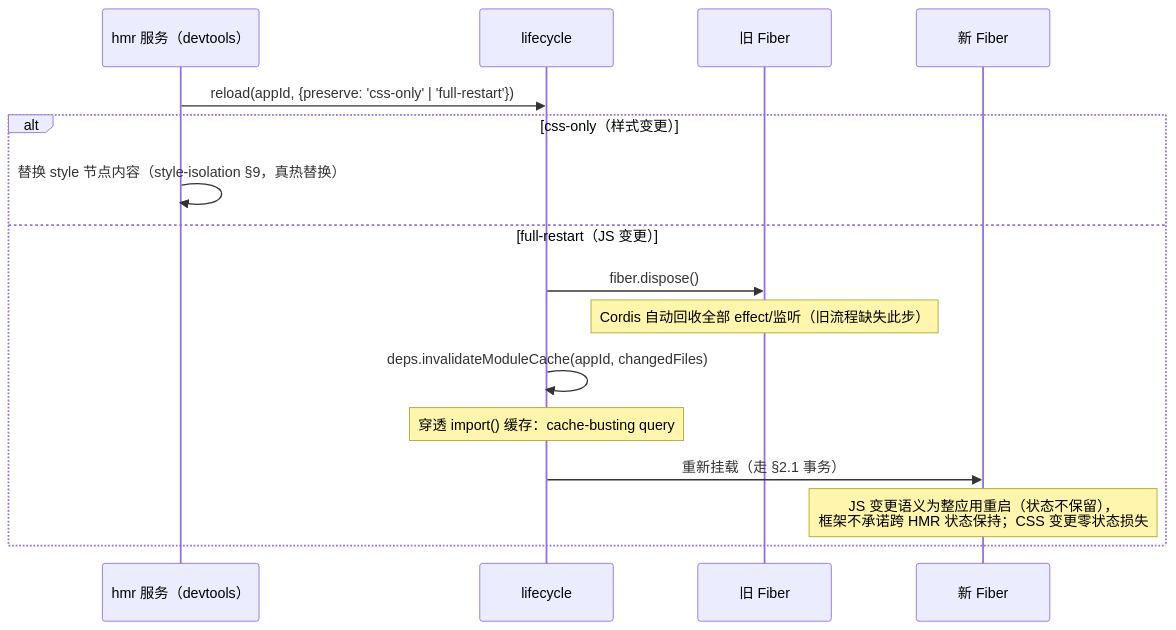
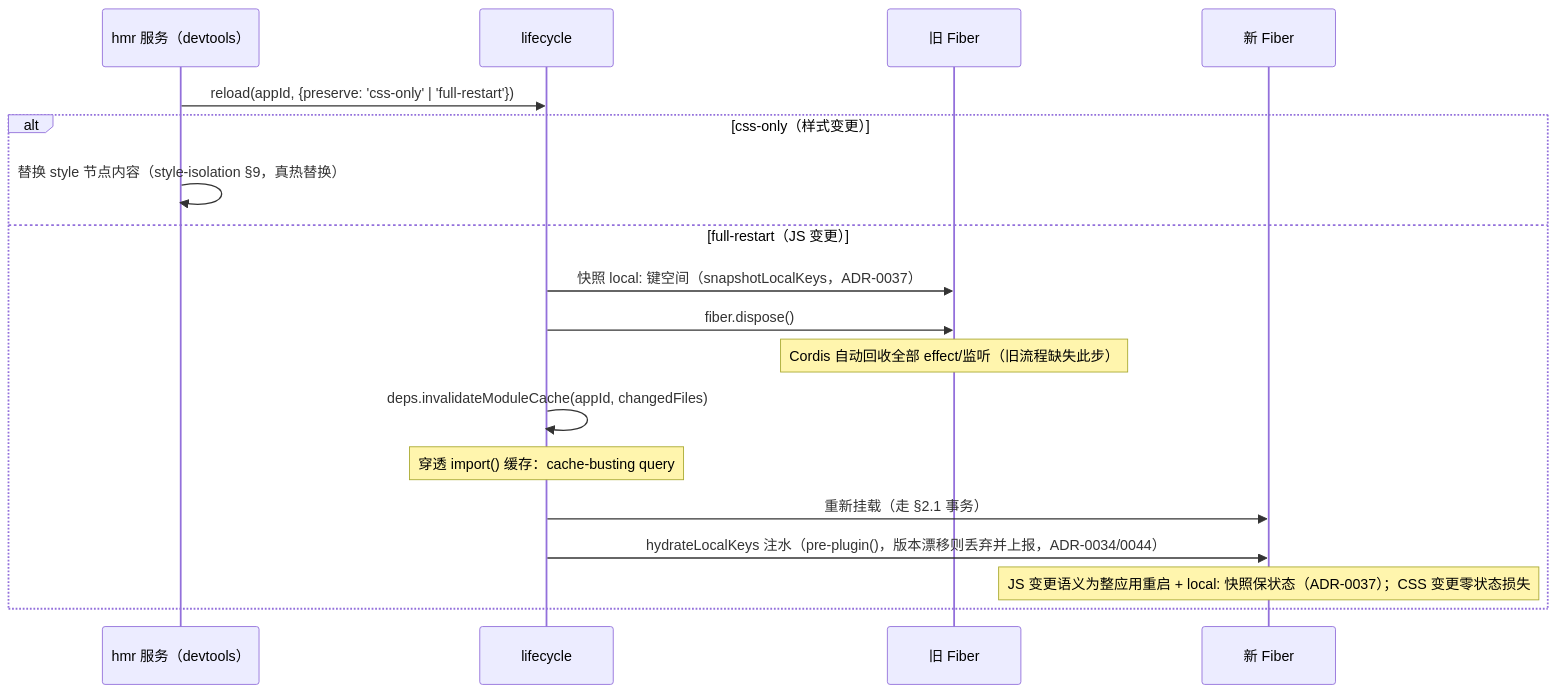
One commit to YvYuYv/taixu changed the sixth of 6 diagrams in module-interaction.md. Above: the diagram before and after it, drawn with Mermaid. The commit also changed other lines of this file and 70 other files, not shown here.

````diff
--- a/module-interaction.md
+++ b/module-interaction.md
@@ -153,19 +161,21 @@
 ```mermaid
 sequenceDiagram
     participant HMR as hmr 服务（devtools）
     participant L as lifecycle
     participant F as 旧 Fiber
     participant F2 as 新 Fiber
 
     HMR->>L: reload(appId, {preserve: 'css-only' | 'full-restart'})
     alt css-only（样式变更）
         HMR->>HMR: 替换 style 节点内容（style-isolation §9，真热替换）
     else full-restart（JS 变更）
+        L->>F: 快照 local: 键空间（snapshotLocalKeys，ADR-0037）
         L->>F: fiber.dispose()
         Note over F: Cordis 自动回收全部 effect/监听（旧流程缺失此步）
         L->>L: deps.invalidateModuleCache(appId, changedFiles)
         Note over L: 穿透 import() 缓存：cache-busting query
         L->>F2: 重新挂载（走 §2.1 事务）
-        Note over F2: JS 变更语义为整应用重启（状态不保留），<br/>框架不承诺跨 HMR 状态保持；CSS 变更零状态损失
+        L->>F2: hydrateLocalKeys 注水（pre-plugin()，版本漂移则丢弃并上报，ADR-0034/0044）
+        Note over F2: JS 变更语义为整应用重启 + local: 快照保状态（ADR-0037）；CSS 变更零状态损失
     end
 ```
````
